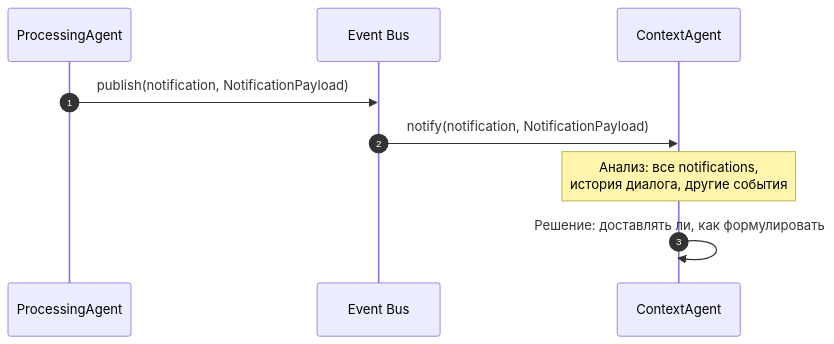
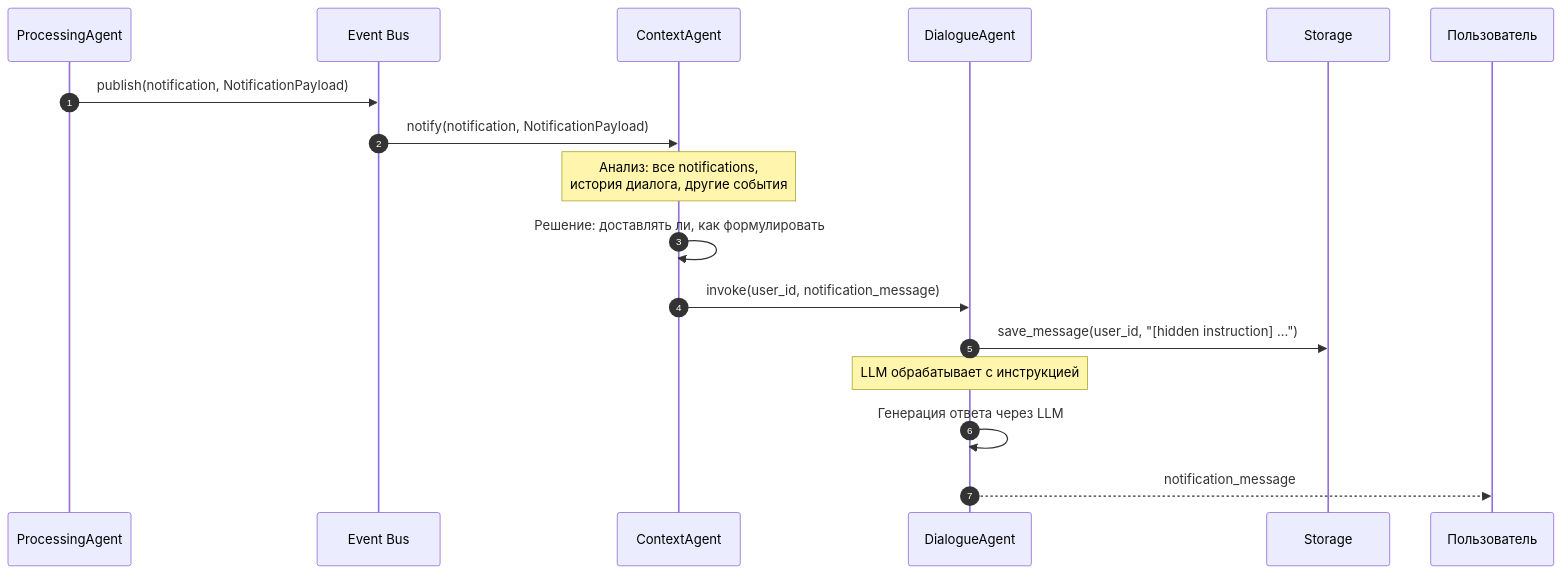
One commit to Dieugene/team-assistant changed the fifth of 11 diagrams in 00_docs/architecture/runtime_architecture.md. Above: the diagram before and after it, drawn with Mermaid. The commit also changed other lines of this file and 2 other files, not shown here.

First line of the commit message:
Update architecture documentation and tech-lead role

````diff
--- a/00_docs/architecture/runtime_architecture.md
+++ b/00_docs/architecture/runtime_architecture.md
@@ -281,13 +282,23 @@
 ```mermaid
 sequenceDiagram
     autonumber
     participant PA as ProcessingAgent
     participant EB as Event Bus
     participant CA as ContextAgent
+    participant DA as DialogueAgent
+    participant Storage as Storage
+    participant User as Пользователь
 
     PA->>EB: publish(notification, NotificationPayload)
     EB->>CA: notify(notification, NotificationPayload)
 
     Note over CA: Анализ: все notifications,<br/>история диалога, другие события
     CA->>CA: Решение: доставлять ли, как формулировать
+
+    CA->>DA: invoke(user_id, notification_message)
+    DA->>Storage: save_message(user_id, "[hidden instruction] ...")
+    Note over DA: LLM обрабатывает с инструкцией
+
+    DA->>DA: Генерация ответа через LLM
+    DA-->>User: notification_message
 ```
````
